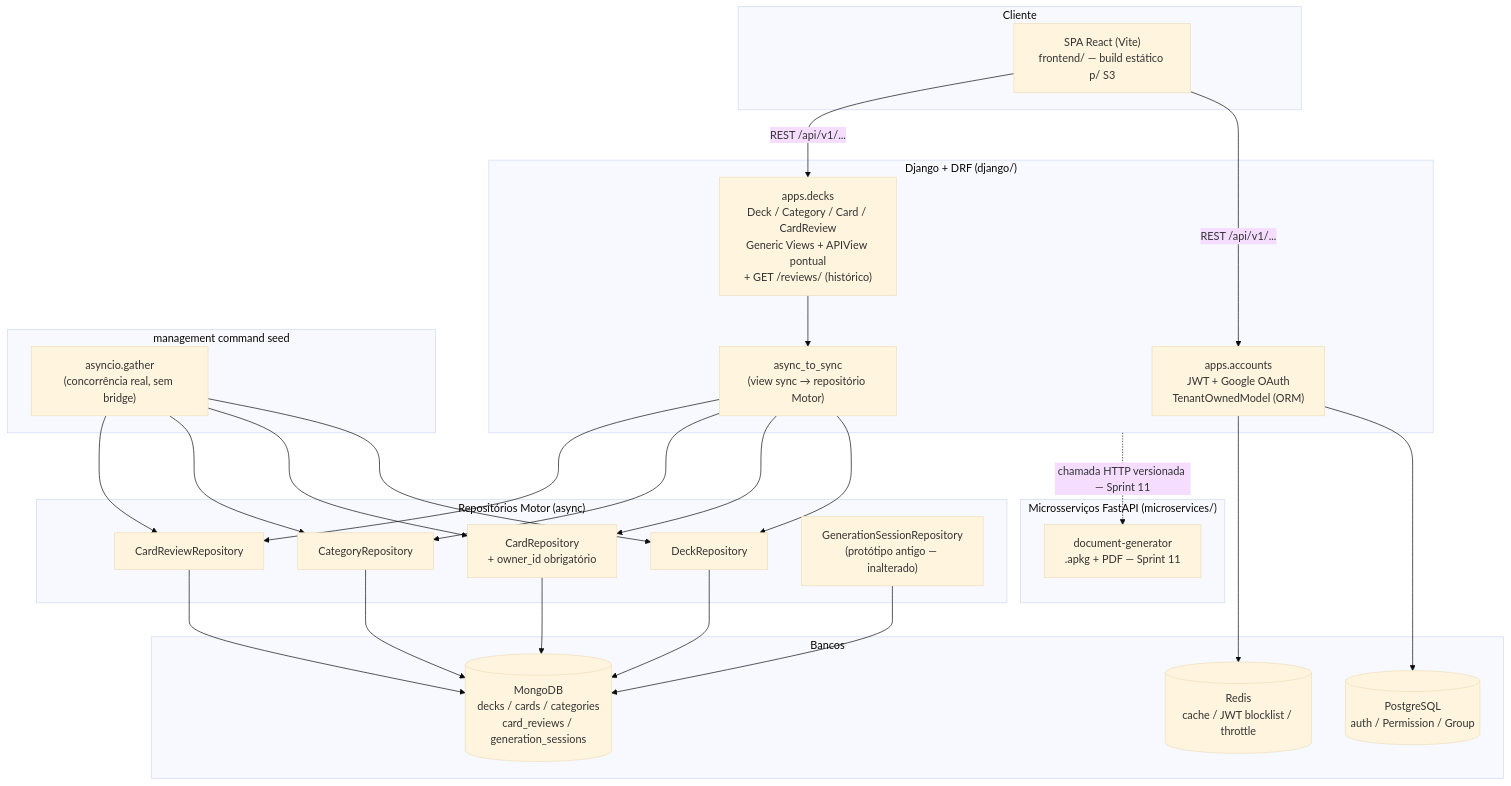
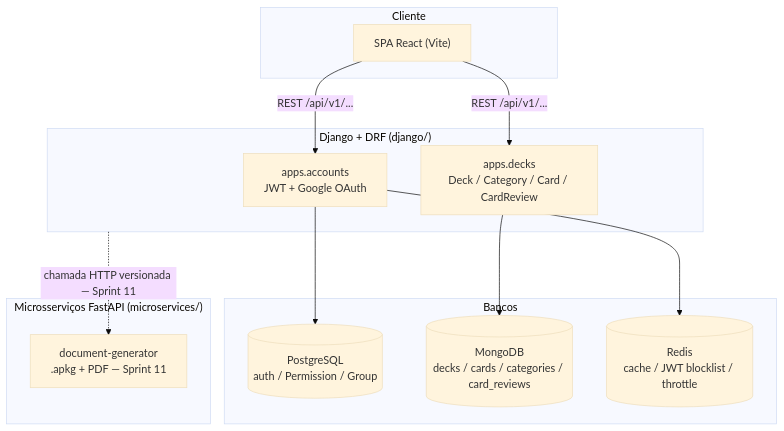
The diagram in README.md (WillamesCampos/anki_generator), drawn with Mermaid (base theme) before and after one commit. The commit also changed other lines of this file and 39 other files, not shown here.

First line of the commit message:
refactor: migra driver MongoDB de Motor (async) para pymongo (síncrono) (#26)

````diff
--- a/README.md
+++ b/README.md
@@ -26,44 +26,28 @@
 ```mermaid
 flowchart TB
     subgraph Client["Cliente"]
-        SPA["SPA React (Vite)\nfrontend/ — build estático p/ S3"]
+        SPA["SPA React (Vite)"]
     end
 
     subgraph DjangoApp["Django + DRF (django/)"]
-        Auth["apps.accounts\nJWT + Google OAuth\nTenantOwnedModel (ORM)"]
-        Decks["apps.decks\nDeck / Category / Card / CardReview\nGeneric Views + APIView pontual\n+ GET /reviews/ (histórico)"]
-        Bridge["async_to_sync\n(view sync → repositório Motor)"]
-    end
-
-    subgraph Repos["Repositórios Motor (async)"]
-        DeckRepo["DeckRepository"]
-        CardRepo["CardRepository\n+ owner_id obrigatório"]
-        CategoryRepo["CategoryRepository"]
-        ReviewRepo["CardReviewRepository"]
-        GenRepo["GenerationSessionRepository\n(protótipo antigo — inalterado)"]
-    end
-
-    subgraph Seed["management command seed"]
-        SeedCmd["asyncio.gather\n(concorrência real, sem bridge)"]
+        Auth["apps.accounts\nJWT + Google OAuth"]
+        Decks["apps.decks\nDeck / Category / Card / CardReview"]
     end
 
     subgraph Data["Bancos"]
         PG[("PostgreSQL\nauth / Permission / Group")]
-        Mongo[("MongoDB\ndecks / cards / categories\ncard_reviews / generation_sessions")]
+        Mongo[("MongoDB\ndecks / cards / categories / card_reviews")]
         Redis[("Redis\ncache / JWT blocklist / throttle")]
     end
 
     subgraph Micro["Microsserviços FastAPI (microservices/)"]
         DocGen["document-generator\n.apkg + PDF — Sprint 11"]
     end
 
     SPA -->|"REST /api/v1/..."| Auth
     SPA -->|"REST /api/v1/..."| Decks
     Auth --> PG
     Auth --> Redis
-    Decks --> Bridge
-    Bridge --> DeckRepo & CardRepo & CategoryRepo & ReviewRepo
-    DeckRepo & CardRepo & CategoryRepo & ReviewRepo & GenRepo --> Mongo
-    SeedCmd --> DeckRepo & CardRepo & CategoryRepo & ReviewRepo
+    Decks --> Mongo
     DjangoApp -.->|"chamada HTTP versionada — Sprint 11"| DocGen
 ```
````
